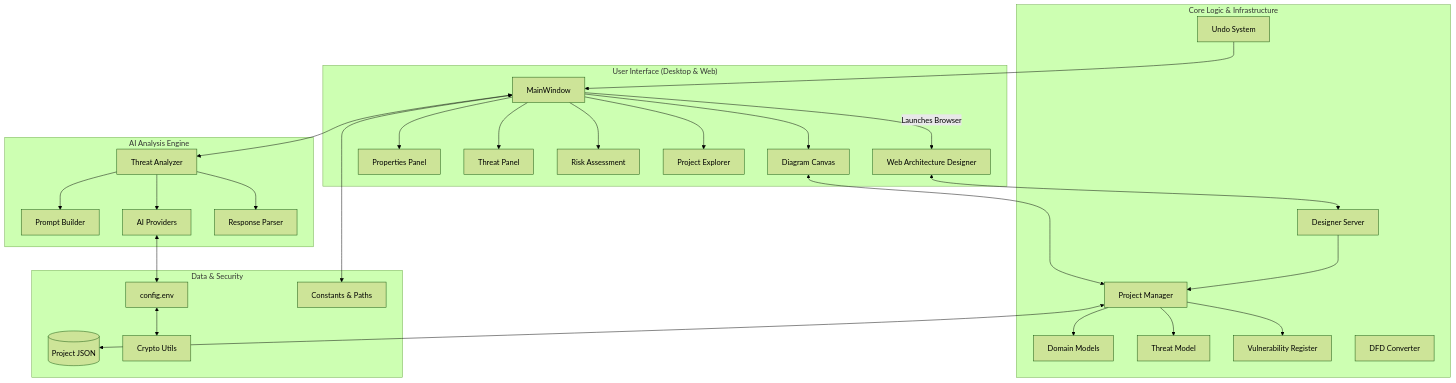
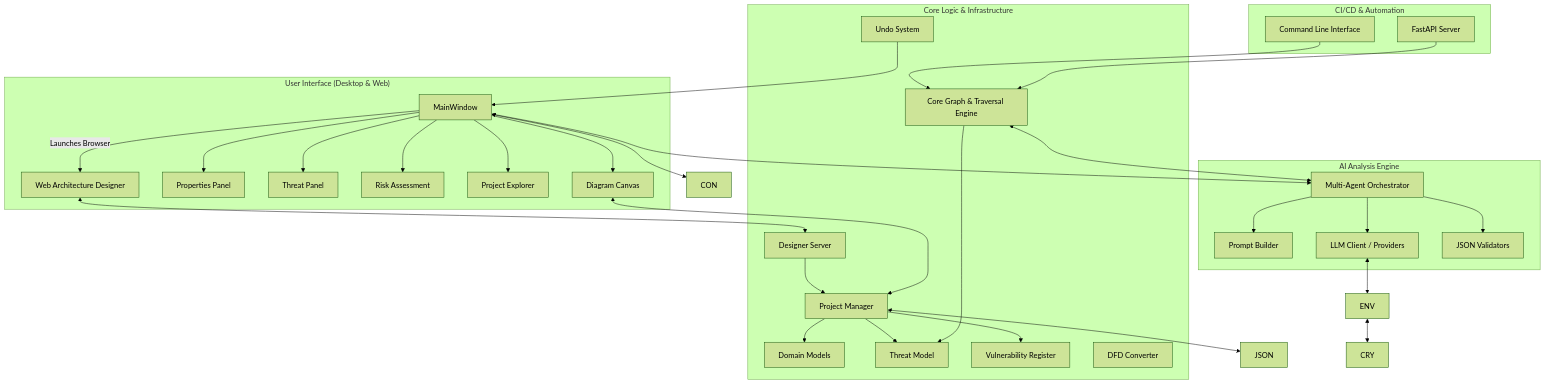
Before and after one commit to dipta-roy/ThreatPilot: the diagram in ARCHITECTURE.md, drawn with Mermaid (forest theme). The commit also changed other lines of this file and 51 other files, not shown here.

````diff
--- a/ARCHITECTURE.md
+++ b/ARCHITECTURE.md
@@ -11,41 +20,41 @@
 ```mermaid
 graph TD
     subgraph "User Interface (Desktop & Web)"
         MW[MainWindow] --> DC[Diagram Canvas]
         MW --> PP[Properties Panel]
         MW --> TP[Threat Panel]
         MW --> RA[Risk Assessment]
         MW --> PE[Project Explorer]
         MW -- "Launches Browser" --> WD[Web Architecture Designer]
     end
 
     subgraph "Core Logic & Infrastructure"
         PM[Project Manager] --> DM[Domain Models]
         PM --> TM[Threat Model]
         PM --> VR[Vulnerability Register]
         US[Undo System] --> MW
         DFD[DFD Converter]
         DS[Designer Server] --> PM
+        CG[Core Graph & Traversal Engine] --> TM
     end
 
     subgraph "AI Analysis Engine"
-        TA[Threat Analyzer] --> PB[Prompt Builder]
-        TA --> AP[AI Providers]
-        TA --> RP[Response Parser]
+        MA[Multi-Agent Orchestrator] --> PB[Prompt Builder]
+        MA --> AP[LLM Client / Providers]
+        MA --> RP[JSON Validators]
     end
 
-    subgraph "Data & Security"
-        JSON[(Project JSON)]
-        ENV[config.env]
-        CRY[Crypto Utils]
-        CON[Constants & Paths]
+    subgraph "CI/CD & Automation"
+        CLI[Command Line Interface] --> CG
+        API[FastAPI Server] --> CG
     end
 
     DC <--> PM
     WD <--> DS
     PM <--> JSON
-    MW <--> TA
+    MW <--> MA
+    CG <--> MA
     AP <--> ENV
     ENV <--> CRY
     MW <--> CON
 ```
````
